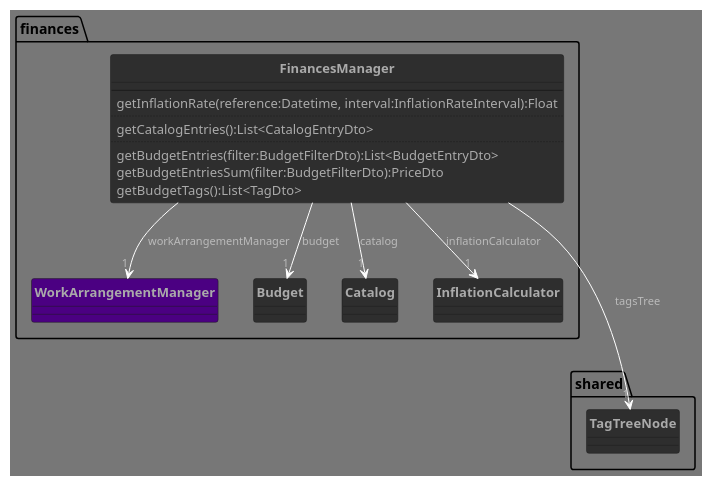
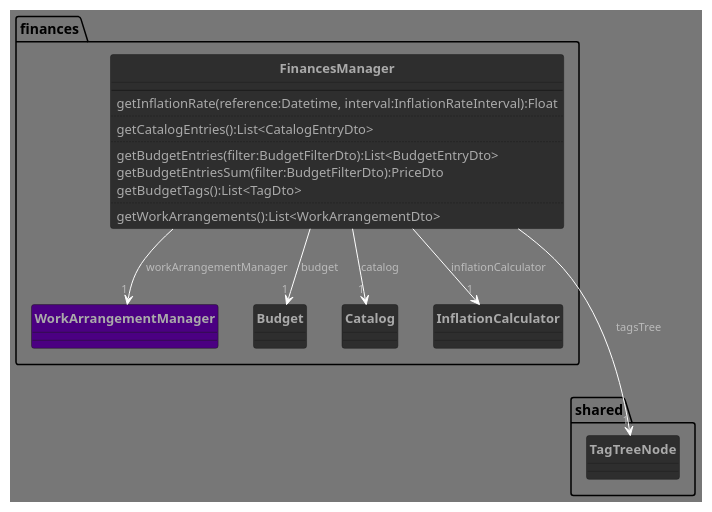
One commit to nachograffione/life-admin changed the first of 7 diagrams in dev/finances.md. Above: the diagram before and after it, drawn with PlantUML. The commit also changed other lines of this file, not shown here.

Commit message:
Add missing facade methods

````diff
--- a/dev/finances.md
+++ b/dev/finances.md
@@ -11,56 +11,58 @@
 ```plantuml
 @startuml lifeAdminModel
 !theme reddress-darkblue
 skinparam classAttributeIconSize 0
 hide circle
 <style>
   classDiagram {
     fontname "Arial"
     header {
       fontstyle bold
       fontsize 15
     }
     class {
       fontsize 13
     }
     note {
       fontsize 13
       backgroundColor grey
     }
   }
 </style>
 
 package finances {}
 package shared {}
 
 class shared.TagTreeNode
 
 class finances.FinancesManager {
   --
   getInflationRate(reference:Datetime, interval:InflationRateInterval):Float
   ..
   getCatalogEntries():List<CatalogEntryDto>
   ..
   getBudgetEntries(filter:BudgetFilterDto):List<BudgetEntryDto>
   getBudgetEntriesSum(filter:BudgetFilterDto):PriceDto
   ' TODO: check return type
   getBudgetTags():List<TagDto>
+  ..
+  getWorkArrangements():List<WorkArrangementDto>
 }
 
 class finances.WorkArrangementManager #Indigo
 
 class finances.Budget 
 
 class finances.Catalog
 
 class finances.InflationCalculator
 
 ' TODO: check if tagsTree should be owned by Budget
 finances.FinancesManager ---> "1" shared.TagTreeNode : tagsTree
 finances.FinancesManager -d-> "1" finances.WorkArrangementManager : workArrangementManager
 finances.FinancesManager -d-> "1" finances.Budget : budget
 finances.FinancesManager -d-> "1" finances.Catalog : catalog
 finances.FinancesManager -d-> "1" finances.InflationCalculator : inflationCalculator
 
 @enduml
 ```
````
